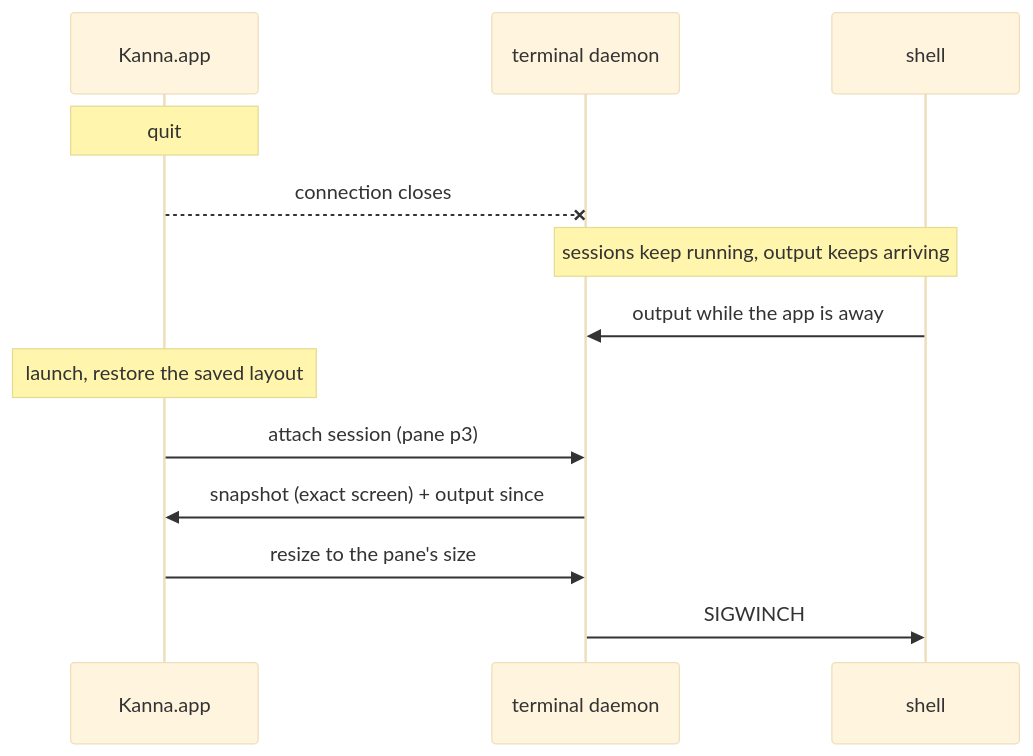
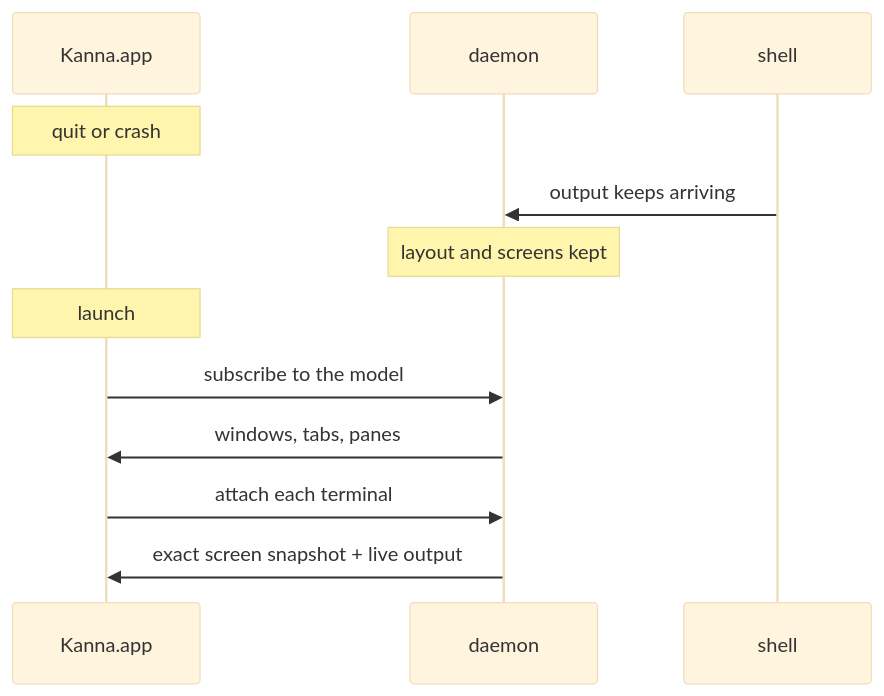
The eighth of 10 diagrams in docs/research/mux-architecture.md (jemdiggity/kanna-v4), drawn with Mermaid (base theme) before and after one commit. The commit also changed other lines of this file, not shown here.

Commit message:
Mux architecture: kmux restructured as client/server, kanna-mux adds keeper and daemon terminals

````diff
--- a/docs/research/mux-architecture.md
+++ b/docs/research/mux-architecture.md
@@ -140,15 +185,14 @@
 ```mermaid
 sequenceDiagram
     participant A as Kanna.app
-    participant D as terminal daemon
+    participant D as daemon
     participant S as shell
-    Note over A: quit
-    A--xD: connection closes
-    Note over D,S: sessions keep running, output keeps arriving
-    S->>D: output while the app is away
-    Note over A: launch, restore the saved layout
-    A->>D: attach session (pane p3)
-    D->>A: snapshot (exact screen) + output since
-    A->>D: resize to the pane's size
-    D->>S: SIGWINCH
+    Note over A: quit or crash
+    S->>D: output keeps arriving
+    Note over D: layout and screens kept
+    Note over A: launch
+    A->>D: subscribe to the model
+    D->>A: windows, tabs, panes
+    A->>D: attach each terminal
+    D->>A: exact screen snapshot + live output
 ```
````
